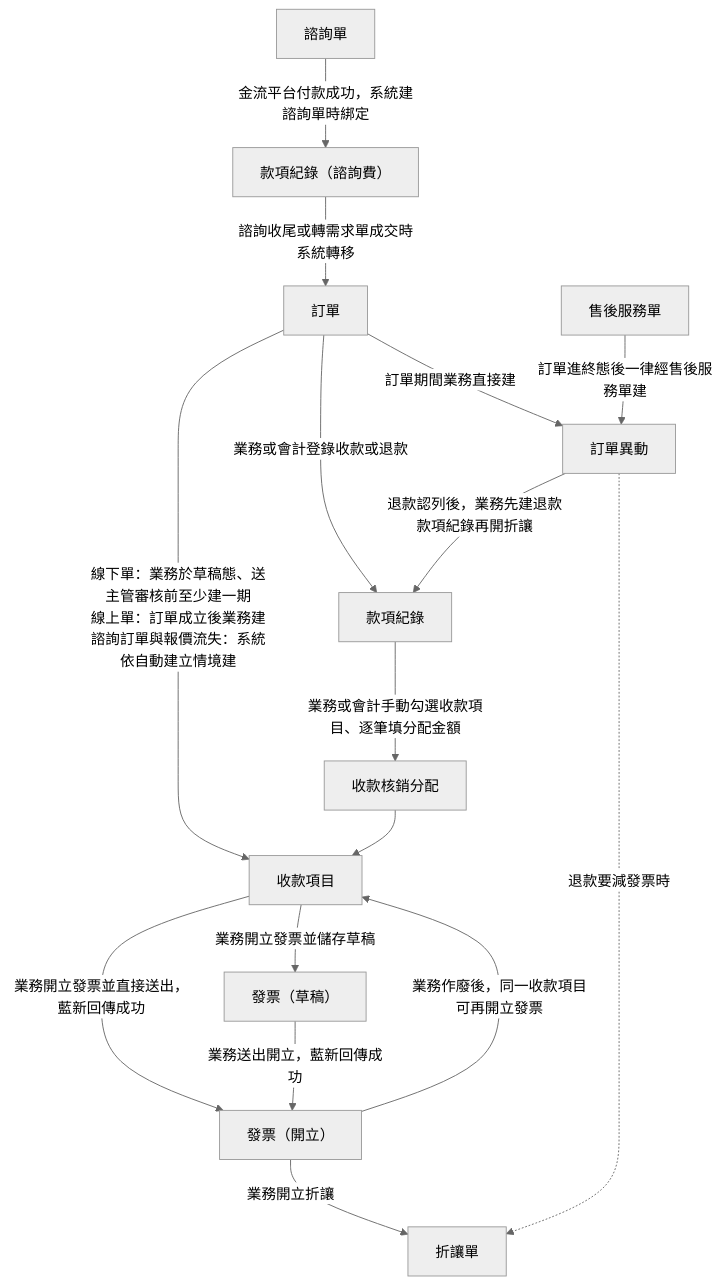
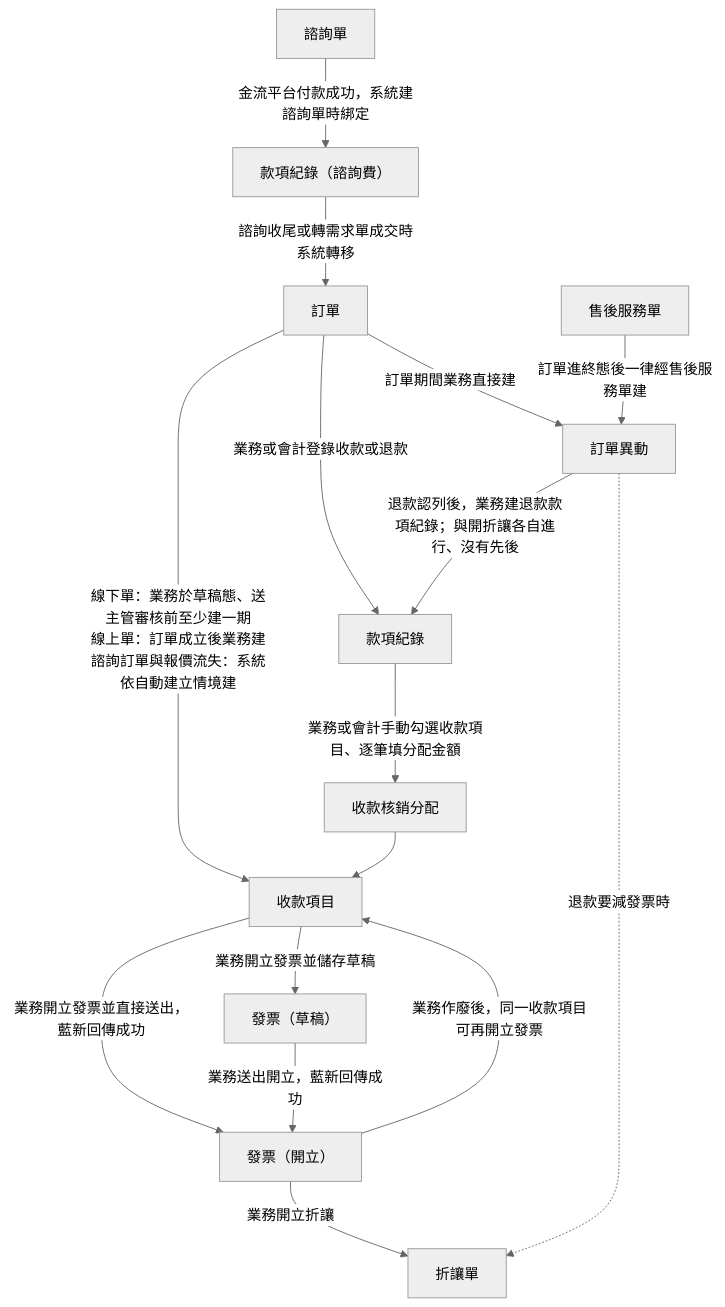
Before and after one commit to Kawato-Miles/erp-spec: the seventh of 9 diagrams in memory/Sens_wiki/wiki/erp/05-entities/ERP 資料結構總覽.md, drawn with Mermaid (neutral theme). The commit also changed 1 other file, not shown here.

Commit message:
fix: 資料結構總覽與帳務規劃連帶矩陣改寫折讓先後與作廢期限舊說法

````diff
--- a/memory/Sens_wiki/wiki/erp/05-entities/ERP 資料結構總覽.md
+++ b/memory/Sens_wiki/wiki/erp/05-entities/ERP 資料結構總覽.md
@@ -254,18 +254,18 @@
 ```mermaid
 flowchart TD
     O["訂單"] -->|"線下單：業務於草稿態、送主管審核前至少建一期<br>線上單：訂單成立後業務建<br>諮詢訂單與報價流失：系統依自動建立情境建"| P["收款項目"]
     P -->|"業務開立發票並儲存草稿"| ID["發票（草稿）"]
     P -->|"業務開立發票並直接送出，藍新回傳成功"| II["發票（開立）"]
     ID -->|"業務送出開立，藍新回傳成功"| II
     II -->|"業務開立折讓"| SA["折讓單"]
     II -->|"業務作廢後，同一收款項目可再開立發票"| P
     CR["諮詢單"] -->|"金流平台付款成功，系統建諮詢單時綁定"| PM1["款項紀錄（諮詢費）"]
     PM1 -->|"諮詢收尾或轉需求單成交時系統轉移"| O
     O -->|"業務或會計登錄收款或退款"| PM["款項紀錄"]
     PM -->|"業務或會計手動勾選收款項目、逐筆填分配金額"| AL["收款核銷分配"]
     AL --> P
     O -->|"訂單期間業務直接建"| ADJ["訂單異動"]
     AS["售後服務單"] -->|"訂單進終態後一律經售後服務單建"| ADJ
-    ADJ -->|"退款認列後，業務先建退款款項紀錄再開折讓"| PM
+    ADJ -->|"退款認列後，業務建退款款項紀錄；與開折讓各自進行、沒有先後"| PM
     ADJ -.->|"退款要減發票時"| SA
 ```
````
